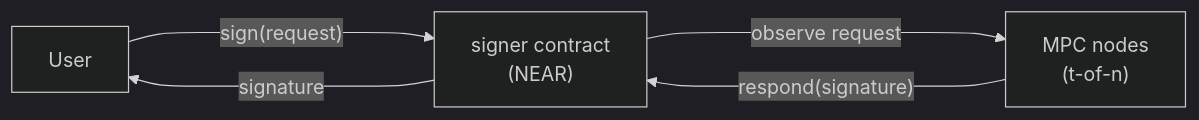
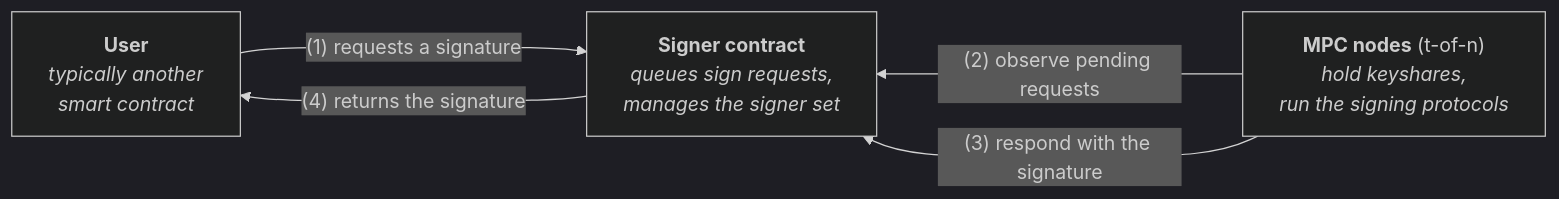
One commit to near/mpc changed the diagram in README.md. Above: the diagram before and after it, drawn with Mermaid (dark theme).

Commit message:
chore: Make chart more C4-ish

````diff
--- a/README.md
+++ b/README.md
@@ -5,7 +5,12 @@
 ```mermaid
 flowchart LR
-    User -- "sign(request)" ----> Contract["signer contract<br/>(NEAR)"]
-    Contract -- "signature" ----> User
-    Contract -- "observe request" ----> Nodes["MPC nodes<br/>(t-of-n)"]
-    Nodes -- "respond(signature)" ----> Contract
+    User["<b>User</b><br/><i>typically another<br/>smart contract</i>"]
+    Contract["<b>Signer contract</b><br/><i>queues sign requests,<br/>manages the signer set</i>"]
+    Nodes["<b>MPC nodes</b> (t-of-n)<br/><i>hold keyshares,<br/>run the signing protocols</i>"]
+
+    User -- "(1) requests a signature" ---> Contract
+    Contract -- "(4) returns the signature" ---> User
+    Contract ~~~ Nodes
+    Nodes -- "(2) observe pending requests" ---> Contract
+    Nodes -- "(3) respond with the signature" ---> Contract
 ```
````
